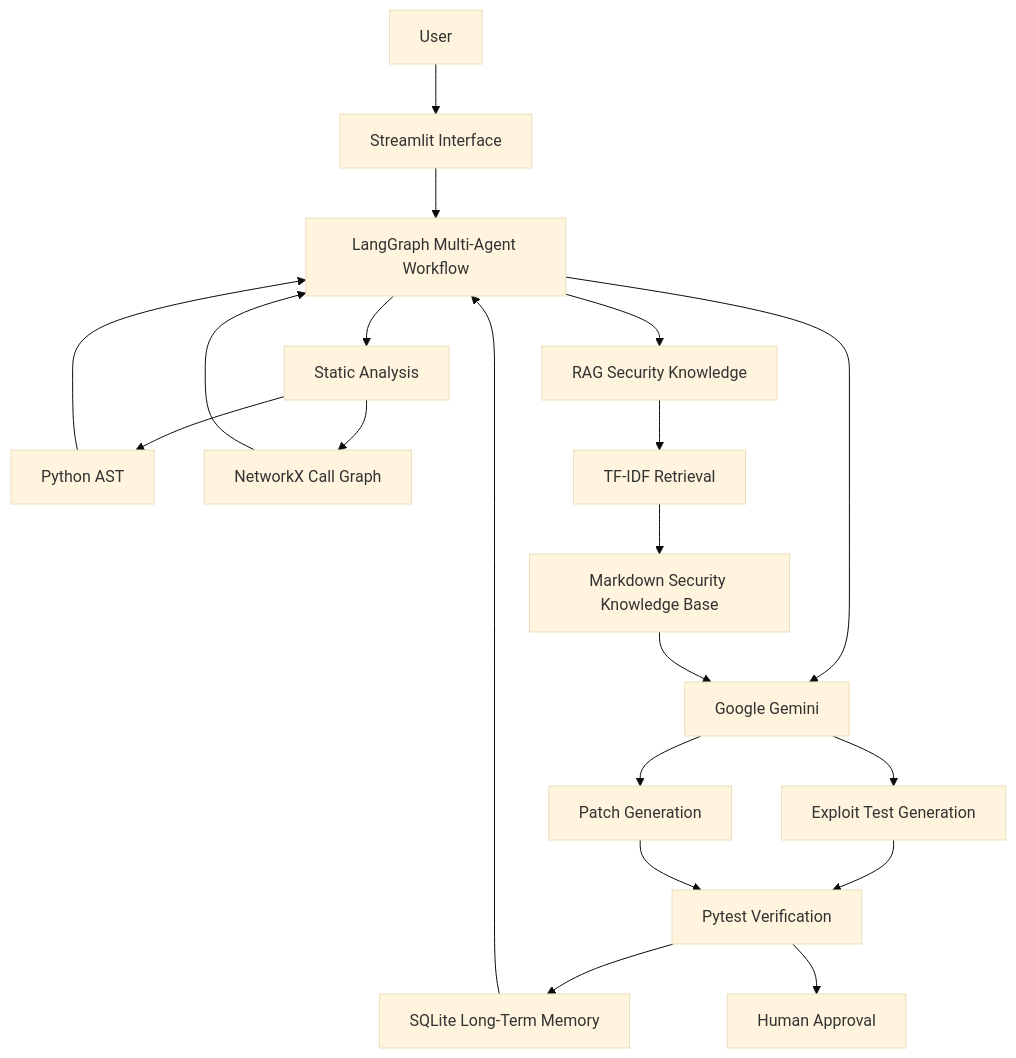
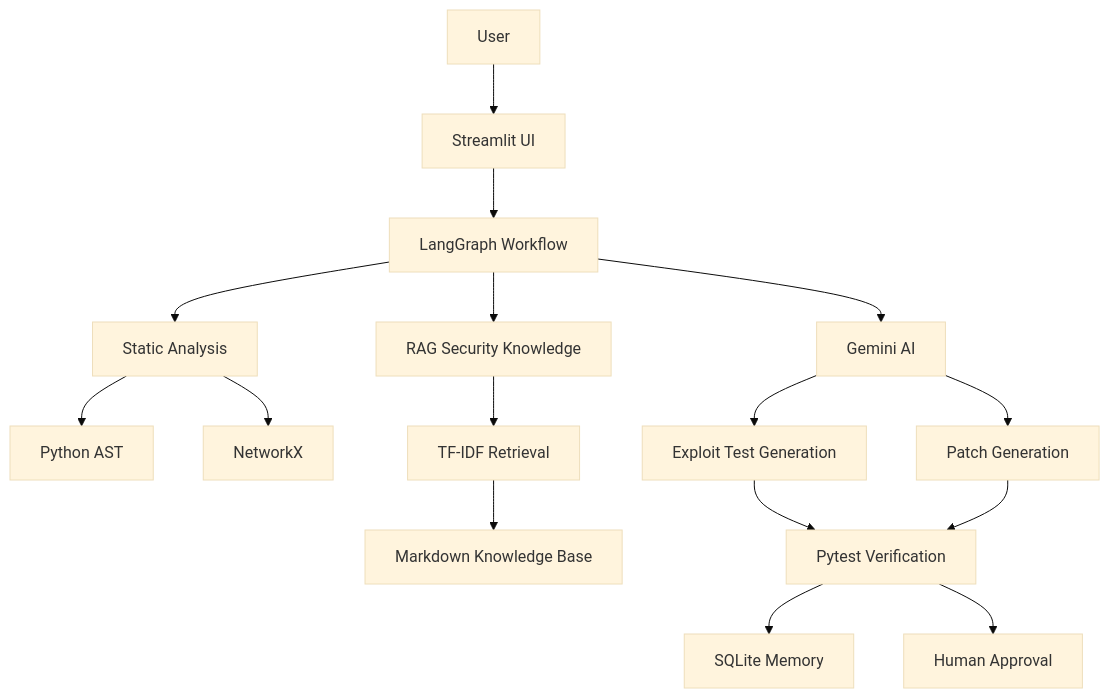
Before and after one commit to habibaume2007-creator/AegisGuard: the diagram in README.md, drawn with Mermaid (base theme). The commit also changed other lines of this file, not shown here.

````diff
--- a/README.md
+++ b/README.md
@@ -170,31 +202,24 @@
 ```mermaid
-flowchart TD
-    U[User] --> UI[Streamlit Interface]
+graph TD
+    A[User] --> B[Streamlit UI]
+    B --> C[LangGraph Workflow]
 
-    UI --> LG[LangGraph Multi-Agent Workflow]
+    C --> D[Static Analysis]
+    C --> E[Gemini AI]
+    C --> F[RAG Security Knowledge]
 
-    LG --> SA[Static Analysis]
-    LG --> AI[Google Gemini]
-    LG --> RAG[RAG Security Knowledge]
+    D --> G[Python AST]
+    D --> H[NetworkX]
 
-    SA --> AST[Python AST]
-    SA --> NX[NetworkX Call Graph]
+    F --> I[TF-IDF Retrieval]
+    I --> J[Markdown Knowledge Base]
 
-    RAG --> TFIDF[TF-IDF Retrieval]
-    TFIDF --> KB[Markdown Security Knowledge Base]
+    E --> K[Exploit Test Generation]
+    E --> L[Patch Generation]
 
-    AI --> EX[Exploit Test Generation]
-    AI --> PG[Patch Generation]
+    K --> M[Pytest Verification]
+    L --> M
 
-    AST --> LG
-    NX --> LG
-    KB --> AI
-
-    EX --> TEST[Pytest Verification]
-    PG --> TEST
-
-    TEST --> MEM[SQLite Long-Term Memory]
-    MEM --> LG
-
-    TEST --> HUMAN[Human Approval]
+    M --> N[SQLite Memory]
+    M --> O[Human Approval]
 ```
````
